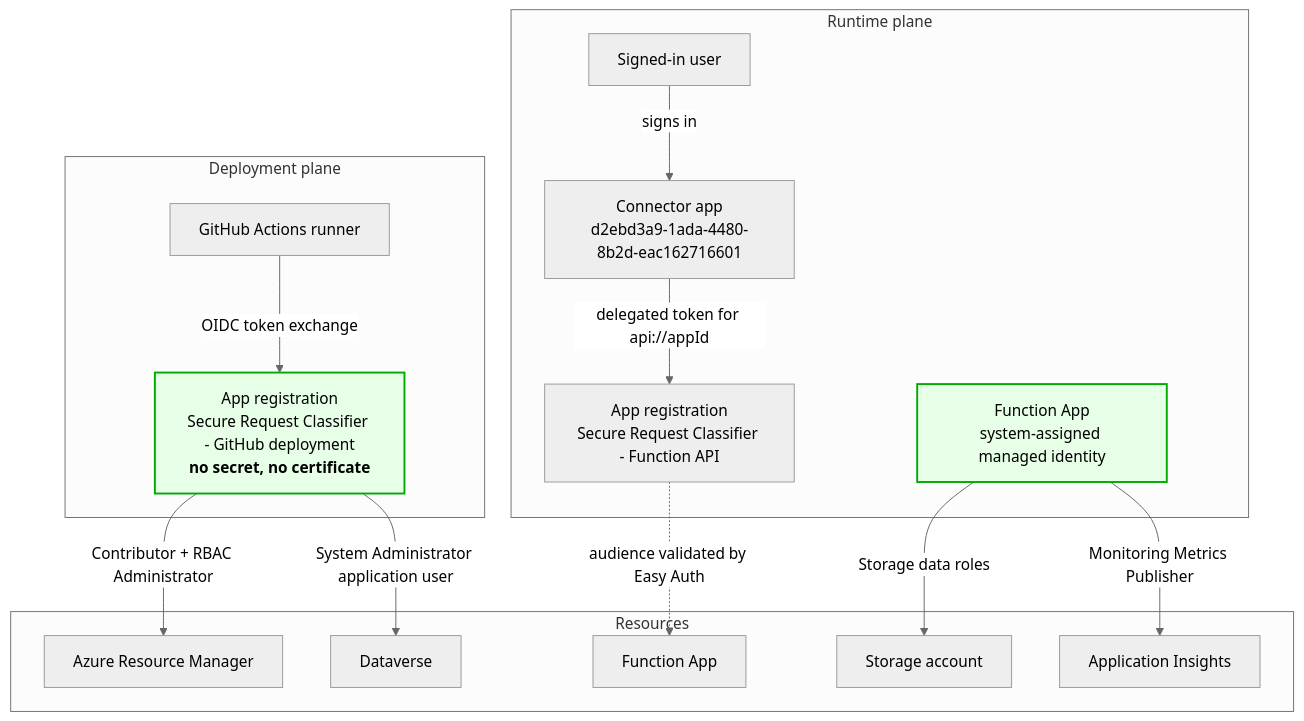
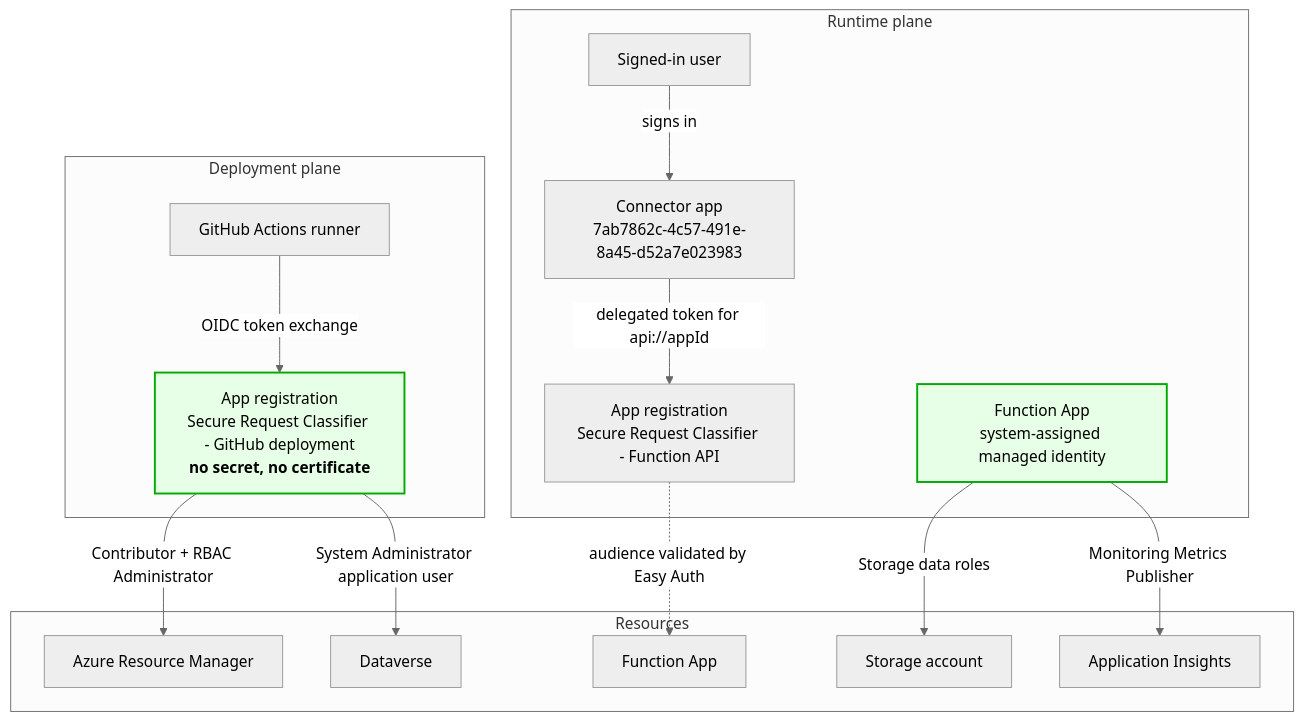
Before and after one commit to tinodo/secure-request-classifier: the diagram in docs/identity-model.md, drawn with Mermaid (neutral theme). The commit also changed other lines of this file and 10 other files, not shown here.

First line of the commit message:
Fix the connector app ID and the HTTP action's parameter names (#1)

````diff
--- a/docs/identity-model.md
+++ b/docs/identity-model.md
@@ -9,35 +9,35 @@
 ```mermaid
 flowchart TB
     subgraph deploy["Deployment plane"]
         GHA["GitHub Actions runner"]
         DEPAPP["App registration<br/>Secure Request Classifier - GitHub deployment<br/><b>no secret, no certificate</b>"]
     end
 
     subgraph runtime["Runtime plane"]
         USER["Signed-in user"]
-        CONN["Connector app<br/>d2ebd3a9-1ada-4480-8b2d-eac162716601"]
+        CONN["Connector app<br/>7ab7862c-4c57-491e-8a45-d52a7e023983"]
         APIAPP["App registration<br/>Secure Request Classifier - Function API"]
         FUNCMI["Function App<br/>system-assigned managed identity"]
     end
 
     subgraph targets["Resources"]
         ARM["Azure Resource Manager"]
         DV["Dataverse"]
         FUNC["Function App"]
         ST["Storage account"]
         AI["Application Insights"]
     end
 
     GHA -->|"OIDC token exchange"| DEPAPP
     DEPAPP -->|"Contributor + RBAC Administrator"| ARM
     DEPAPP -->|"System Administrator application user"| DV
 
     USER -->|"signs in"| CONN
     CONN -->|"delegated token for api://appId"| APIAPP
     APIAPP -.->|"audience validated by Easy Auth"| FUNC
     FUNCMI -->|"Storage data roles"| ST
     FUNCMI -->|"Monitoring Metrics Publisher"| AI
 
     classDef nosecret fill:#e6ffe6,stroke:#0a0,stroke-width:2px
     class DEPAPP,FUNCMI nosecret
 ```
````
